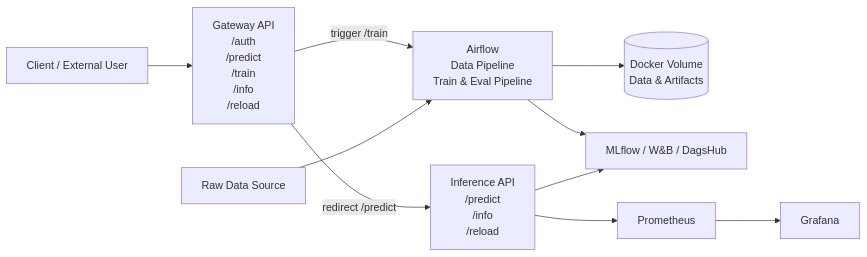
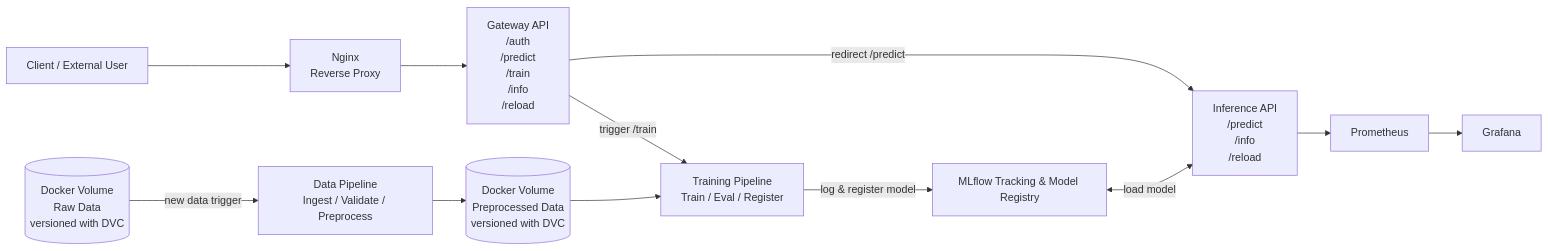
One commit to beautiful-pixel/MLOps-Construction-Cost-Prediction changed the diagram in README.md. Above: the diagram before and after it, drawn with Mermaid.

Commit message:
modif diagram

````diff
--- a/README.md
+++ b/README.md
@@ -137,38 +137,42 @@
 ```mermaid
 flowchart LR
     User[Client / External User]
+    Nginx[Nginx<br/>Reverse Proxy]
 
     Gateway[Gateway API<br/>/auth<br/>/predict<br/>/train<br/>/info<br/>/reload]
-
     InferenceAPI[Inference API<br/>/predict<br/>/info<br/>/reload]
 
-    Airflow[Airflow<br/>Data Pipeline<br/>Train & Eval Pipeline]
+    RawData[(Docker Volume<br/>Raw Data<br/>versioned with DVC)]
 
-    Volume[(Docker Volume<br/>Data & Artifacts)]
+    DataPipeline[Data Pipeline<br/>Ingest / Validate / Preprocess]
+    ReadyData[(Docker Volume<br/>Preprocessed Data<br/>versioned with DVC)]
 
-    MLflow[MLflow / W&B / DagsHub]
+    TrainPipeline[Training Pipeline<br/>Train / Eval / Register]
+
+    MLflow[MLflow Tracking & Model Registry]
 
     Prometheus[Prometheus]
     Grafana[Grafana]
 
+
+
     %% User entry point
-    User --> Gateway
+    User --> Nginx
+    Nginx --> Gateway
 
     %% Routing
     Gateway -- redirect /predict --> InferenceAPI
-    Gateway -- trigger /train --> Airflow
+    Gateway -- trigger /train --> TrainPipeline
+    TrainPipeline -->|log & register model| MLflow
+    MLflow <-->|load model| InferenceAPI
 
     %% Inference & monitoring
     InferenceAPI --> Prometheus
     Prometheus --> Grafana
 
-    %% Training pipeline
-    Airflow --> Volume
-    Airflow --> MLflow
+    %% Data pipeline
+    RawData -->|new data trigger| DataPipeline
+    DataPipeline --> ReadyData
+    ReadyData --> TrainPipeline
 
-    %% Inference logging
-    InferenceAPI --> MLflow
-
-    %% Data ingestion
-    RawData[Raw Data Source] --> Airflow
 ```
````
